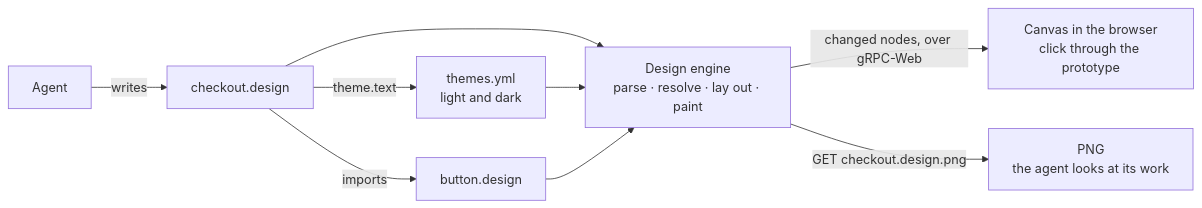
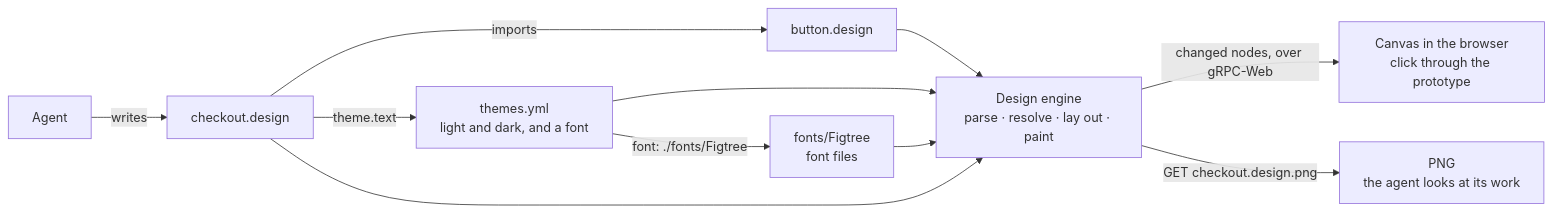
The diagram in docs/boxes/viewer/designs/README.md (andrei512/devpage), drawn with Mermaid before and after one commit. The commit also changed other lines of this file and 7 other files, not shown here.

First line of the commit message:
Design: fonts are files in the served folder, named in themes.yml or on a Text

````diff
--- a/docs/boxes/viewer/designs/README.md
+++ b/docs/boxes/viewer/designs/README.md
@@ -12,13 +12,16 @@
 ```mermaid
 flowchart LR
   agent["Agent"] -->|"writes"| file["checkout.design"]
   file -->|"imports"| button["button.design"]
-  file -->|"theme.text"| themes["themes.yml<br/>light and dark"]
+  file -->|"theme.text"| themes["themes.yml<br/>light and dark, and a font"]
   file --> engine
   themes --> engine["Design engine<br/>parse · resolve · lay out · paint"]
   button --> engine
   engine -->|"changed nodes, over gRPC-Web"| canvas["Canvas in the browser<br/>click through the prototype"]
   engine -->|"GET checkout.design.png"| png["PNG<br/>the agent looks at its work"]
   click engine href "../design-engine/README.md" "The design engine"
+  themes -->|"font: ./fonts/Figtree"| fonts["fonts/Figtree<br/>font files"]
+  fonts --> engine
   click themes href "#themes" "Themes"
+  click fonts href "#fonts" "Fonts"
 ```
````
